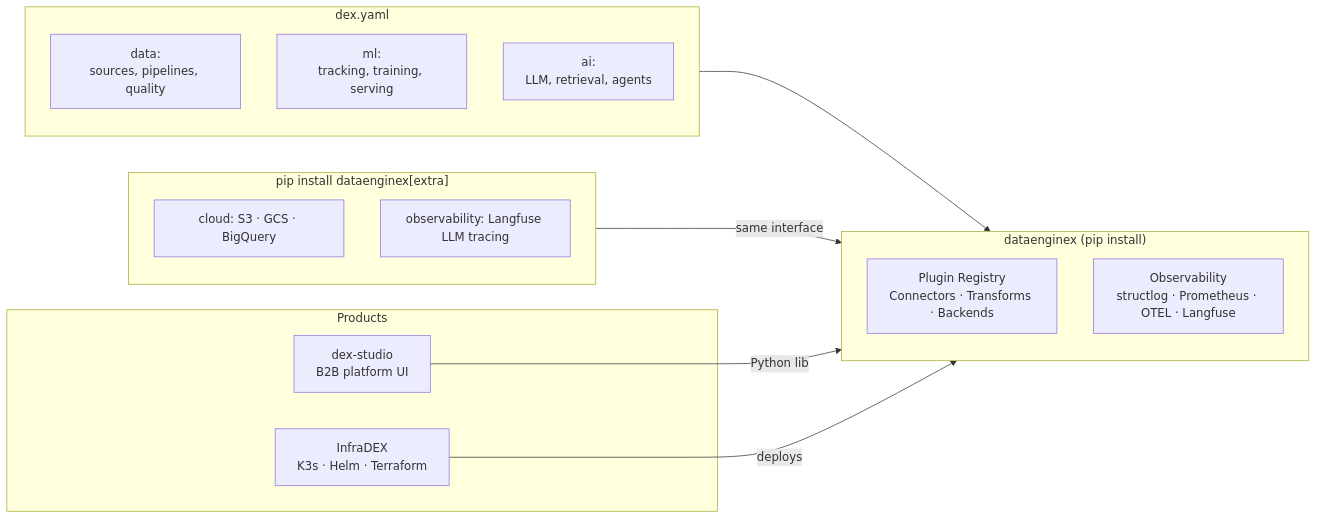
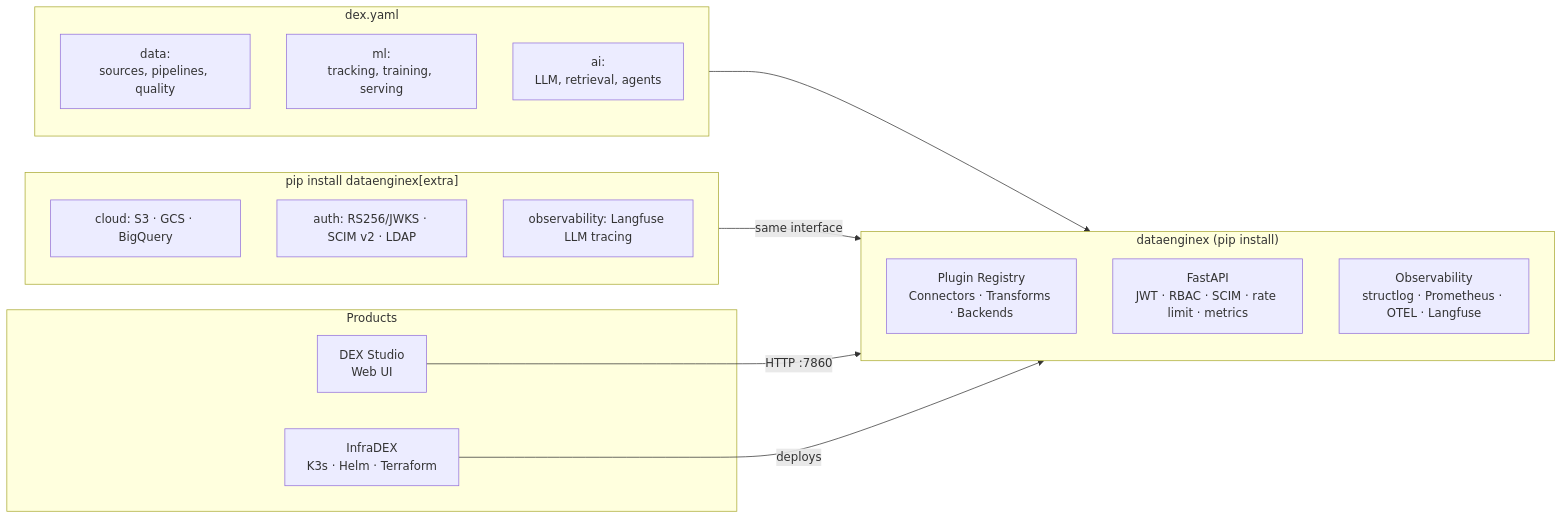
The diagram in profile/README.md (TheDataEngineX/.github), drawn with Mermaid before and after one commit. The commit also changed other lines of this file and 52 other files, not shown here.

````diff
--- a/profile/README.md
+++ b/profile/README.md
@@ -24,31 +23,33 @@
 ```mermaid
 graph LR
     subgraph Config ["dex.yaml"]
         direction TB
         DC[data:\nsources, pipelines, quality]
         MC[ml:\ntracking, training, serving]
         AC[ai:\nLLM, retrieval, agents]
     end
 
     subgraph Core ["dataenginex (pip install)"]
         direction TB
         REG[Plugin Registry\nConnectors · Transforms · Backends]
+        API[FastAPI\nJWT · RBAC · SCIM · rate limit · metrics]
         OB[Observability\nstructlog · Prometheus · OTEL · Langfuse]
     end
 
     subgraph Extras ["pip install dataenginex[extra]"]
         CL[cloud: S3 · GCS · BigQuery]
+        AU[auth: RS256/JWKS · SCIM v2 · LDAP]
         OV[observability: Langfuse LLM tracing]
     end
 
     Config --> Core
     Extras -->|same interface| Core
 
     subgraph Products
-        B2B[dex-studio\nB2B platform UI]
+        ST[DEX Studio\nWeb UI]
         INF[InfraDEX\nK3s · Helm · Terraform]
     end
 
-    B2B -->|Python lib| Core
+    ST -->|HTTP :7860| Core
     INF -->|deploys| Core
 ```
````
